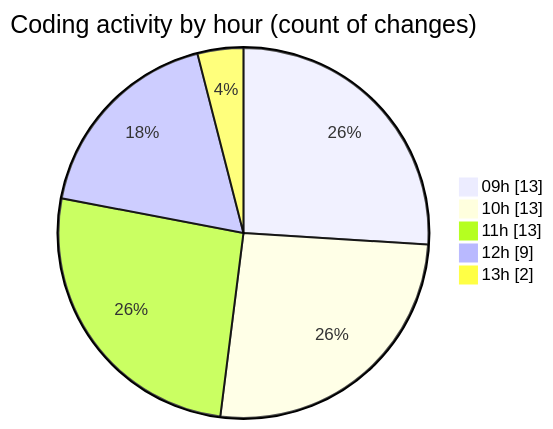
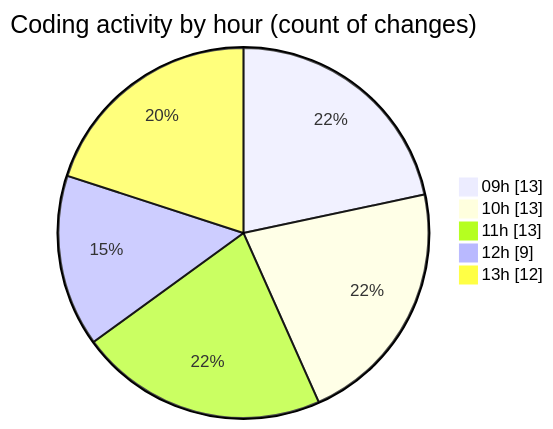
Before and after one commit to momahboobian/code-tracking: the second of 2 diagrams in 2025-09-23/cda/README.md, drawn with Mermaid. The commit also changed other lines of this file and 1 other file, not shown here.

````diff
--- a/2025-09-23/cda/README.md
+++ b/2025-09-23/cda/README.md
@@ -34,9 +40,9 @@
 ```mermaid
 pie showData
 title Coding activity by hour (count of changes)
 "09h" : 13
 "10h" : 13
 "11h" : 13
 "12h" : 9
-"13h" : 2
+"13h" : 12
 ```
````
